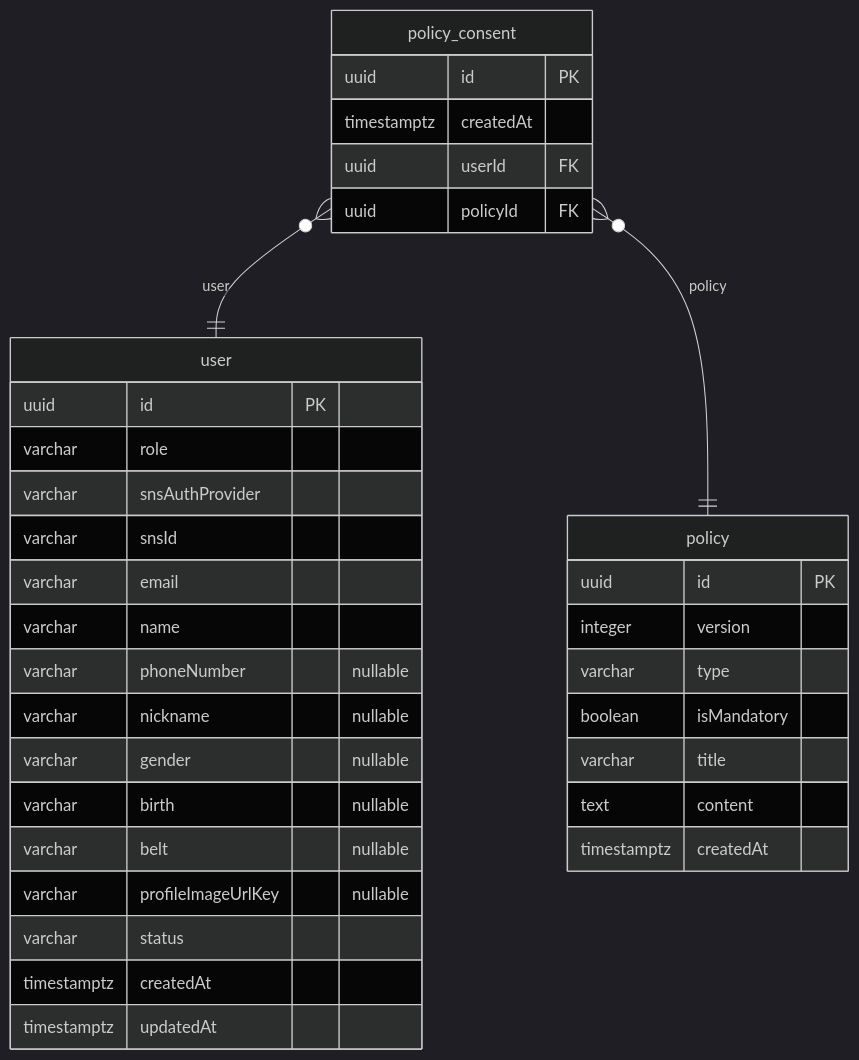
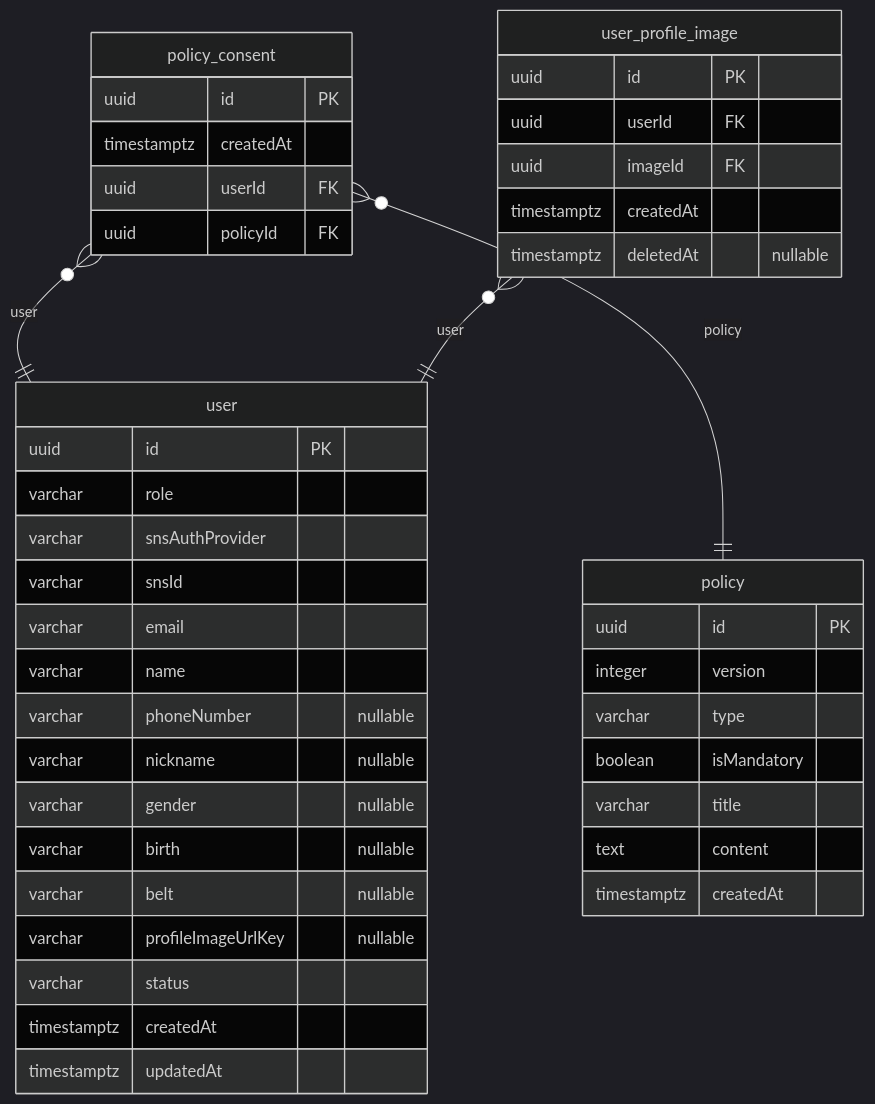
The first of 5 diagrams in docs/najiha-v2-erd.md (NAJUHA-JIUJITSU/najuha-v2-be), drawn with Mermaid (dark theme) before and after one commit. The commit also changed other lines of this file and 20 other files, not shown here.

````diff
--- a/docs/najiha-v2-erd.md
+++ b/docs/najiha-v2-erd.md
@@ -20,37 +20,45 @@
 ```mermaid
 erDiagram
   policy {
     uuid id PK
     integer version
     varchar type
     boolean isMandatory
     varchar title
     text content
     timestamptz createdAt
   }
   policy_consent {
     uuid id PK
     timestamptz createdAt
     uuid userId FK
     uuid policyId FK
+  }
+  user_profile_image {
+    uuid id PK
+    uuid userId FK
+    uuid imageId FK
+    timestamptz createdAt
+    timestamptz deletedAt "nullable"
   }
   user {
     uuid id PK
     varchar role
     varchar snsAuthProvider
     varchar snsId
     varchar email
     varchar name
     varchar phoneNumber "nullable"
     varchar nickname "nullable"
     varchar gender "nullable"
     varchar birth "nullable"
     varchar belt "nullable"
     varchar profileImageUrlKey "nullable"
     varchar status
     timestamptz createdAt
     timestamptz updatedAt
   }
   policy_consent }o--|| user: user
   policy_consent }o--|| policy: policy
+  user_profile_image }o--|| user: user
 ```
````
